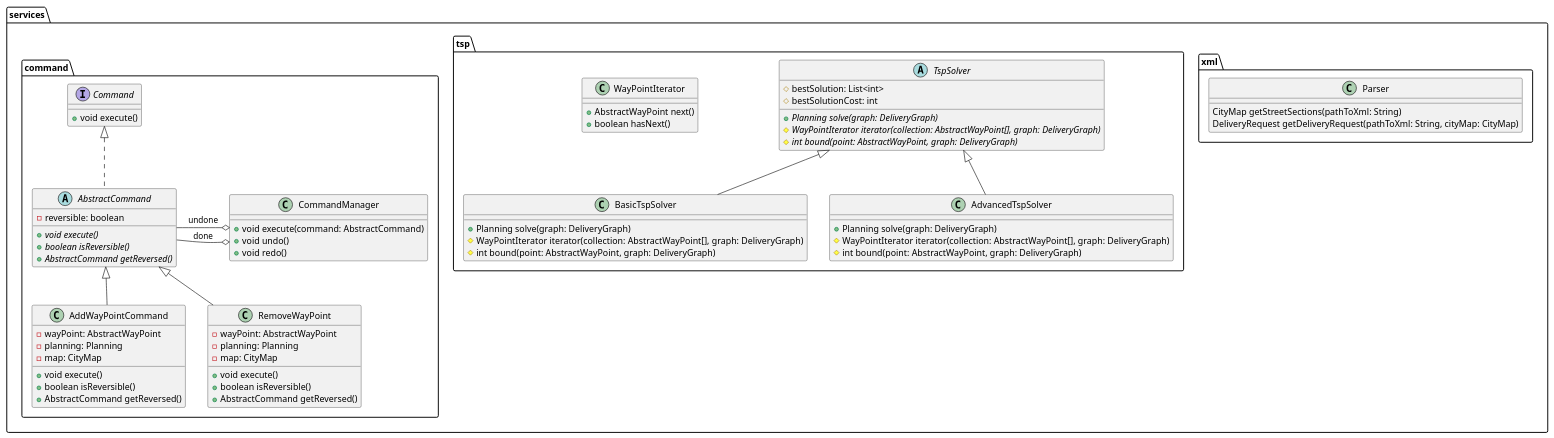
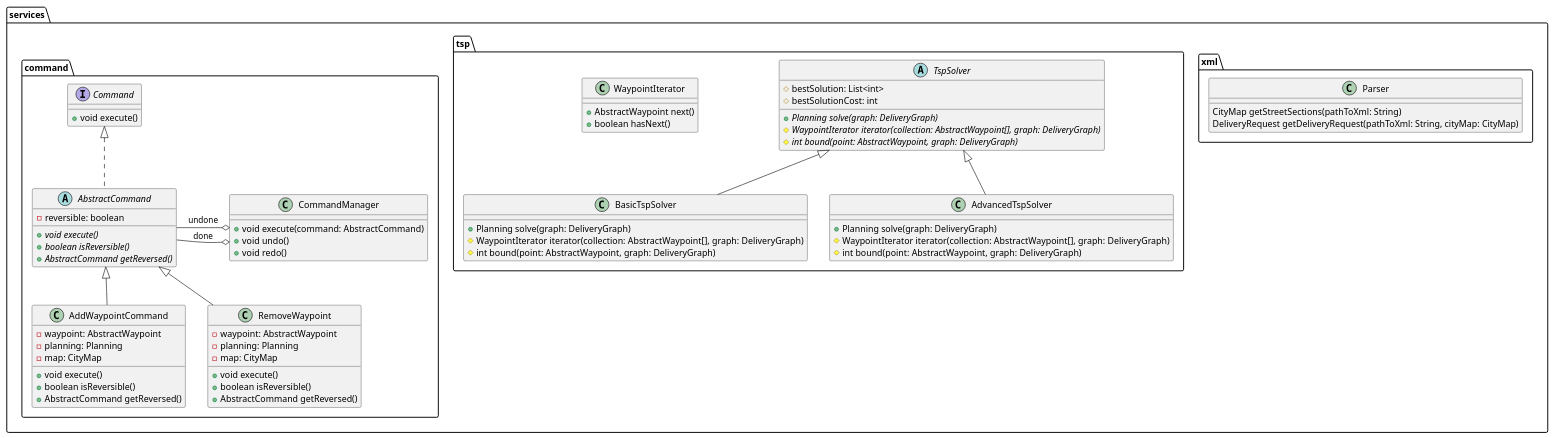
The diagram in docs/uml/package.services.puml (if-h4102/pld-agile), drawn with PlantUML before and after one commit. The commit also changed 39 other files, not shown here.

```diff
--- a/docs/uml/package.services.puml
+++ b/docs/uml/package.services.puml
@@ -1,86 +1,86 @@
 @startuml
 
 package services {
     package xml {
         class Parser {
             CityMap getStreetSections(pathToXml: String)
             DeliveryRequest getDeliveryRequest(pathToXml: String, cityMap: CityMap)
         }
     }
 
     package tsp {
         abstract class TspSolver {
             #bestSolution: List<int>
             #bestSolutionCost: int
             +{abstract} Planning solve(graph: DeliveryGraph)
-            #{abstract} WayPointIterator iterator(collection: AbstractWayPoint[], graph: DeliveryGraph)
-            #{abstract} int bound(point: AbstractWayPoint, graph: DeliveryGraph)
+            #{abstract} WaypointIterator iterator(collection: AbstractWaypoint[], graph: DeliveryGraph)
+            #{abstract} int bound(point: AbstractWaypoint, graph: DeliveryGraph)
         }
 
         class BasicTspSolver {
             +Planning solve(graph: DeliveryGraph)
-            #WayPointIterator iterator(collection: AbstractWayPoint[], graph: DeliveryGraph)
-            #int bound(point: AbstractWayPoint, graph: DeliveryGraph)
+            #WaypointIterator iterator(collection: AbstractWaypoint[], graph: DeliveryGraph)
+            #int bound(point: AbstractWaypoint, graph: DeliveryGraph)
         }
 
         class AdvancedTspSolver {
             +Planning solve(graph: DeliveryGraph)
-            #WayPointIterator iterator(collection: AbstractWayPoint[], graph: DeliveryGraph)
-            #int bound(point: AbstractWayPoint, graph: DeliveryGraph)
+            #WaypointIterator iterator(collection: AbstractWaypoint[], graph: DeliveryGraph)
+            #int bound(point: AbstractWaypoint, graph: DeliveryGraph)
         }
 
-        class WayPointIterator {
-            +AbstractWayPoint next()
+        class WaypointIterator {
+            +AbstractWaypoint next()
             +boolean hasNext()
         }
 
         TspSolver <|-- BasicTspSolver
         TspSolver <|-- AdvancedTspSolver
     }
 
     package command {
         class CommandManager {
             +void execute(command: AbstractCommand)
             +void undo()
             +void redo()
         }
 
         interface Command {
             +void execute()
         }
 
         abstract class AbstractCommand implements Command {
             -reversible: boolean
             +{abstract} void execute()
             +{abstract} boolean isReversible()
             +{abstract} AbstractCommand getReversed()
         }
 
-        class AddWayPointCommand extends AbstractCommand {
-            -wayPoint: AbstractWayPoint
+        class AddWaypointCommand extends AbstractCommand {
+            -waypoint: AbstractWaypoint
             -planning: Planning
             -map: CityMap
             +void execute()
             +boolean isReversible()
             +AbstractCommand getReversed()
         }
 
-        class RemoveWayPoint extends AbstractCommand {
-            -wayPoint: AbstractWayPoint
+        class RemoveWaypoint extends AbstractCommand {
+            -waypoint: AbstractWaypoint
             -planning: Planning
             -map: CityMap
             +void execute()
             +boolean isReversible()
             +AbstractCommand getReversed()
         }
 
         CommandManager o-left- AbstractCommand: done
         CommandManager o-left- AbstractCommand: undone
 
 
     }
 }
 
 
 
 @enduml
```
